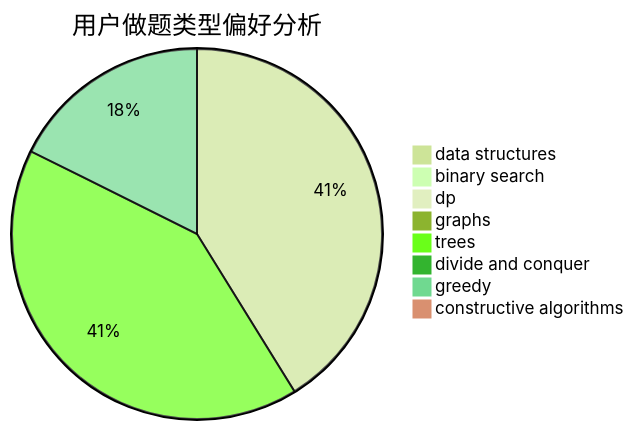
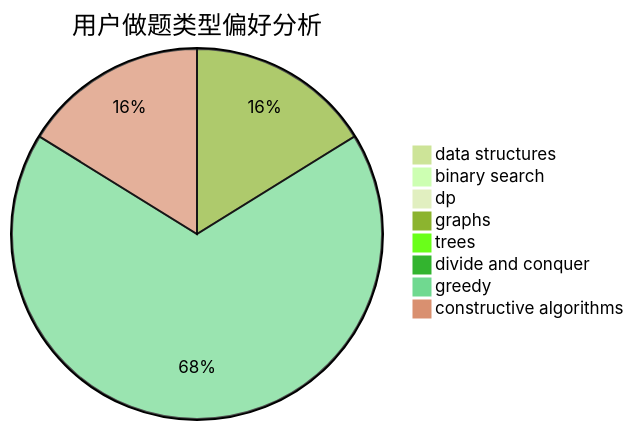
One commit to sherpahu/cfrs.github.io changed the second of 3 diagrams in docs/user/u1955.md. Above: the diagram before and after it, drawn with Mermaid (forest theme). The commit also changed other lines of this file and 2770 other files, not shown here.

````diff
--- a/docs/user/u1955.md
+++ b/docs/user/u1955.md
@@ -23,11 +23,11 @@
 ```mermaid
 pie title 用户做题类型偏好分析
-    "data structures" :  7
+    "data structures" :  0
     "binary search" :  0
     "dp" :  0
-    "graphs" :  0
-    "trees" :  7
+    "graphs" :  11
+    "trees" :  0
     "divide and conquer" :  0
-    "greedy" :  3
-    "constructive algorithms" :  0
+    "greedy" :  46
+    "constructive algorithms" :  11
 ```
````
